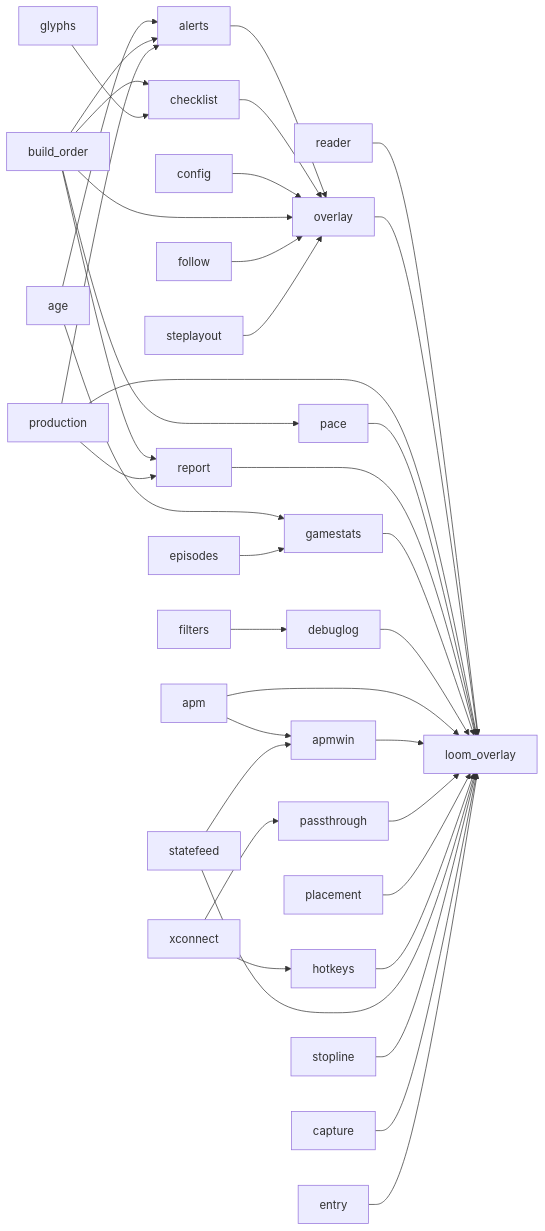
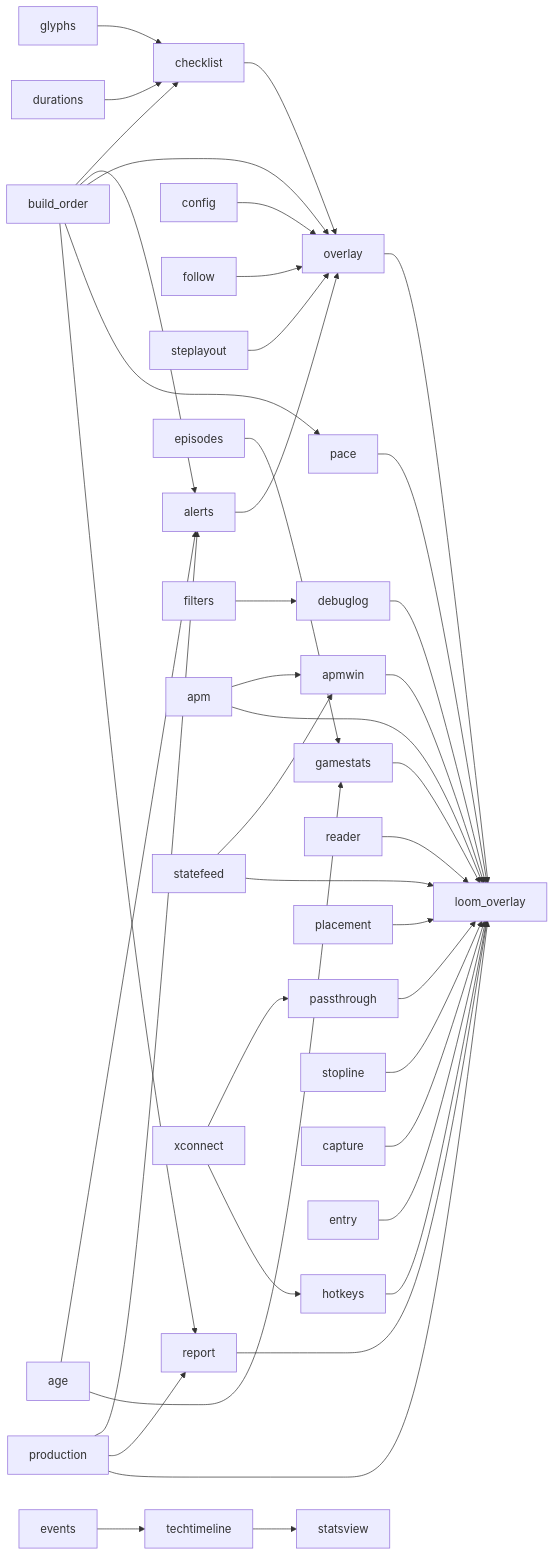
One commit to gwaihirf22/loom_AOE changed the third of 5 diagrams in docs/architecture.md. Above: the diagram before and after it, drawn with Mermaid. The commit also changed other lines of this file and 224 other files, not shown here.

````diff
--- a/docs/architecture.md
+++ b/docs/architecture.md
@@ -152,40 +163,43 @@
 ```mermaid
 flowchart LR
     build_order --> checklist
     glyphs --> checklist
+    durations --> checklist
     age --> alerts
     build_order --> alerts
     production --> alerts
     alerts --> overlay
     checklist --> overlay
     config --> overlay
     build_order --> overlay
     follow --> overlay
     steplayout --> overlay
     build_order --> pace
     build_order --> report
     production --> report
     age --> gamestats
     episodes --> gamestats
+    events --> techtimeline
+    techtimeline --> statsview
     filters --> debuglog
     apm --> apmwin
     statefeed --> apmwin
     reader --> loom_overlay
     overlay --> loom_overlay
     production --> loom_overlay
     pace --> loom_overlay
     report --> loom_overlay
     gamestats --> loom_overlay
     debuglog --> loom_overlay
     apm --> loom_overlay
     apmwin --> loom_overlay
     xconnect --> passthrough
     passthrough --> loom_overlay
     placement --> loom_overlay
     xconnect --> hotkeys
     hotkeys --> loom_overlay
     statefeed --> loom_overlay
     stopline --> loom_overlay
     capture --> loom_overlay
     entry --> loom_overlay
 ```
````
